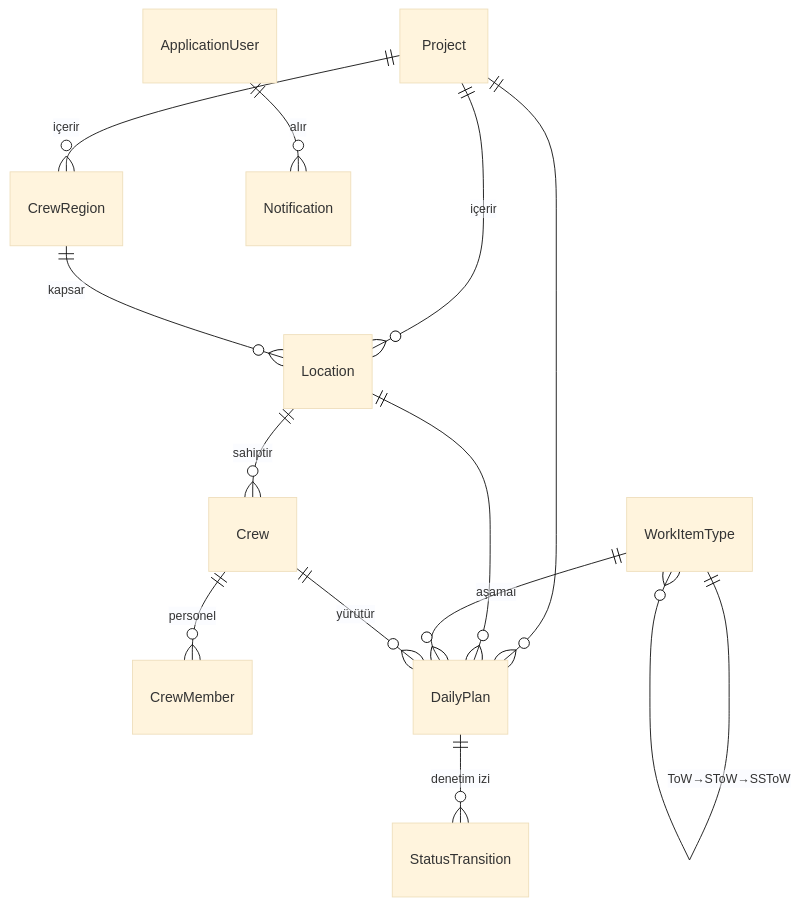
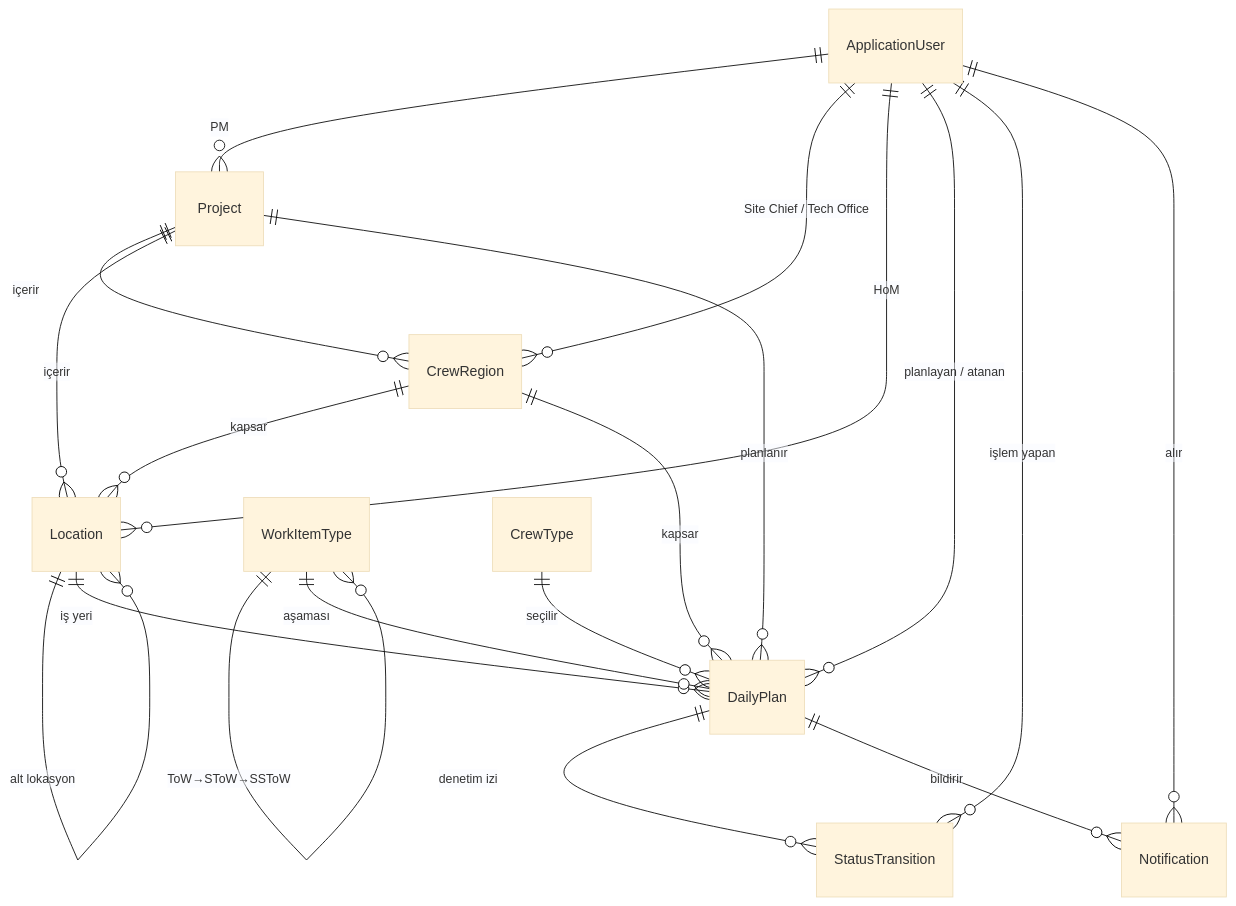
One commit to ekmekcicaner/Workplan changed the second of 2 diagrams in README.md. Above: the diagram before and after it, drawn with Mermaid (base theme). The commit also changed other lines of this file and 202 other files, not shown here.

````diff
--- a/README.md
+++ b/README.md
@@ -114,15 +114,21 @@
 ```mermaid
 erDiagram
     Project ||--o{ CrewRegion : "içerir"
     Project ||--o{ Location : "içerir"
+    Project ||--o{ DailyPlan : "planlanır"
     CrewRegion ||--o{ Location : "kapsar"
-    Location ||--o{ Crew : "sahiptir"
-    Crew ||--o{ CrewMember : "personel"
+    CrewRegion ||--o{ DailyPlan : "kapsar"
+    Location ||--o{ Location : "alt lokasyon"
+    Location ||--o{ DailyPlan : "iş yeri"
     WorkItemType ||--o{ WorkItemType : "ToW→SToW→SSToW"
-    Project ||--o{ DailyPlan : ""
-    Location ||--o{ DailyPlan : ""
-    WorkItemType ||--o{ DailyPlan : "aşamaı"
-    Crew ||--o{ DailyPlan : "yürütür"
+    CrewType ||--o{ DailyPlan : "seçilir"
+    WorkItemType ||--o{ DailyPlan : "aşaması"
     DailyPlan ||--o{ StatusTransition : "denetim izi"
+    DailyPlan ||--o{ Notification : "bildirir"
+    ApplicationUser ||--o{ Project : "PM"
+    ApplicationUser ||--o{ CrewRegion : "Site Chief / Tech Office"
+    ApplicationUser ||--o{ Location : "HoM"
+    ApplicationUser ||--o{ DailyPlan : "planlayan / atanan"
+    ApplicationUser ||--o{ StatusTransition : "işlem yapan"
     ApplicationUser ||--o{ Notification : "alır"
 ```
````
